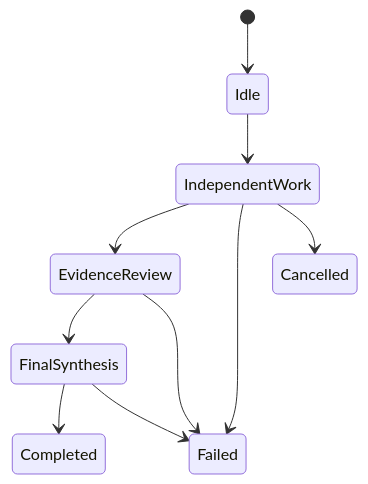
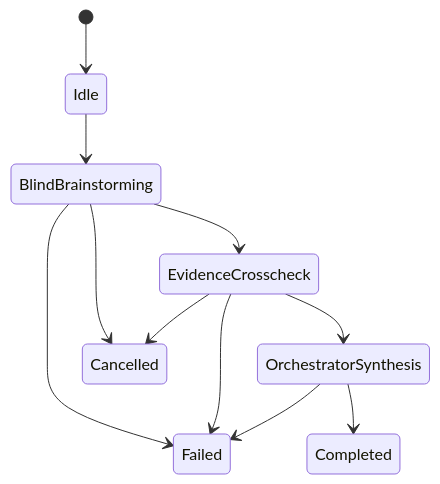
The second of 2 diagrams in README.md (haiox/Haiox-Orchestrator-Architecture), drawn with Mermaid before and after one commit. The commit also changed other lines of this file, not shown here.

First line of the commit message:
docs: publish governed interaction architecture v1.1

````diff
--- a/README.md
+++ b/README.md
@@ -37,12 +59,13 @@
 ```mermaid
 stateDiagram-v2
     [*] --> Idle
-    Idle --> IndependentWork
-    IndependentWork --> EvidenceReview
-    EvidenceReview --> FinalSynthesis
-    FinalSynthesis --> Completed
-    IndependentWork --> Failed
-    EvidenceReview --> Failed
-    FinalSynthesis --> Failed
-    IndependentWork --> Cancelled
+    Idle --> BlindBrainstorming
+    BlindBrainstorming --> EvidenceCrosscheck
+    EvidenceCrosscheck --> OrchestratorSynthesis
+    OrchestratorSynthesis --> Completed
+    BlindBrainstorming --> Failed
+    EvidenceCrosscheck --> Failed
+    OrchestratorSynthesis --> Failed
+    BlindBrainstorming --> Cancelled
+    EvidenceCrosscheck --> Cancelled
 ```
````
